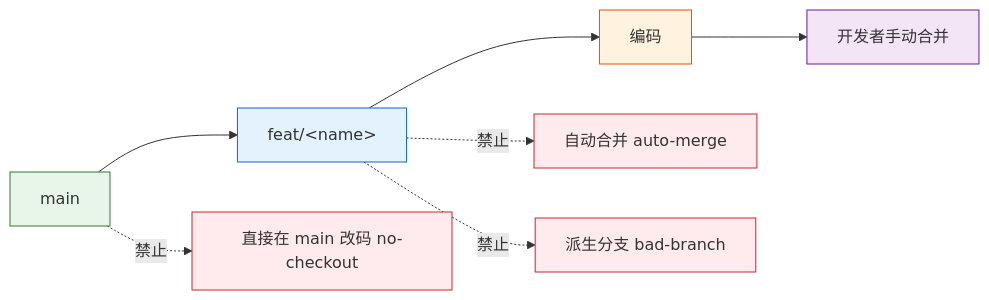
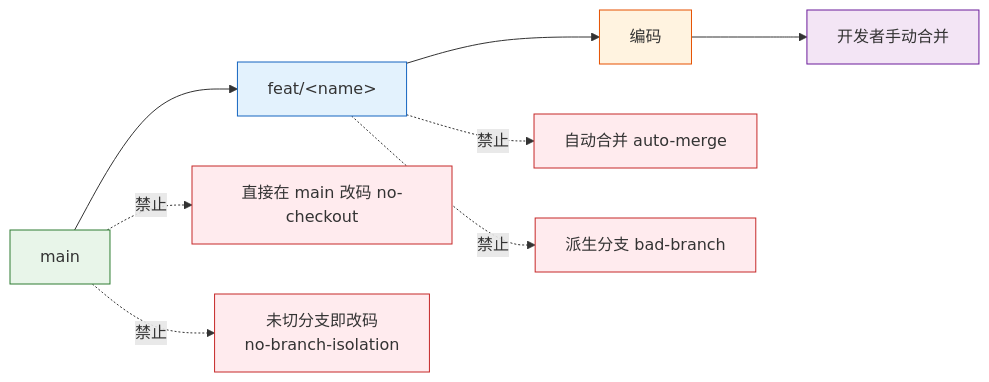
One commit to effiy/YrY changed the third of 10 diagrams in rules/code-pipeline.md. Above: the diagram before and after it, drawn with Mermaid. The commit also changed other lines of this file and 9 other files, not shown here.

````diff
--- a/rules/code-pipeline.md
+++ b/rules/code-pipeline.md
@@ -56,15 +76,16 @@
 ```mermaid
 flowchart LR
     MAIN["main"]:::base --> FB["feat/&lt;name&gt;"]:::feat
     FB --> CODE["编码"]:::work
     CODE --> MR["开发者手动合并"]:::manual
     FB -.->|"禁止"| X1["自动合并 auto-merge"]:::block
     MAIN -.->|"禁止"| X2["直接在 main 改码 no-checkout"]:::block
     FB -.->|"禁止"| X3["派生分支 bad-branch"]:::block
+    MAIN -.->|"禁止"| X4["未切分支即改码<br/>no-branch-isolation"]:::block
 
     classDef base fill:#e8f5e9,stroke:#2e7d32;
     classDef feat fill:#e3f2fd,stroke:#1565c0;
     classDef work fill:#fff3e0,stroke:#e65100;
     classDef manual fill:#f3e5f5,stroke:#6a1b9a;
     classDef block fill:#ffebee,stroke:#c62828;
 ```
````
